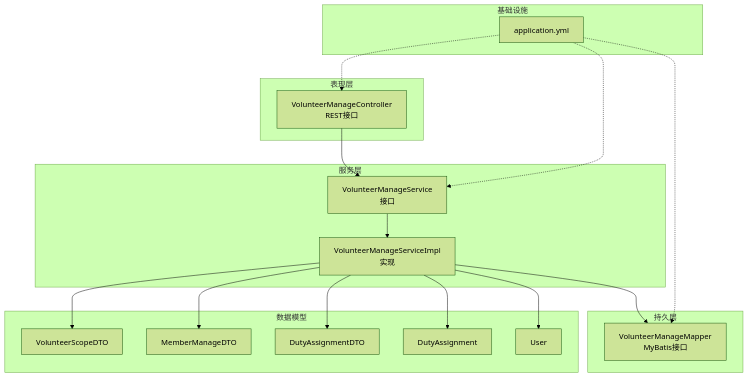
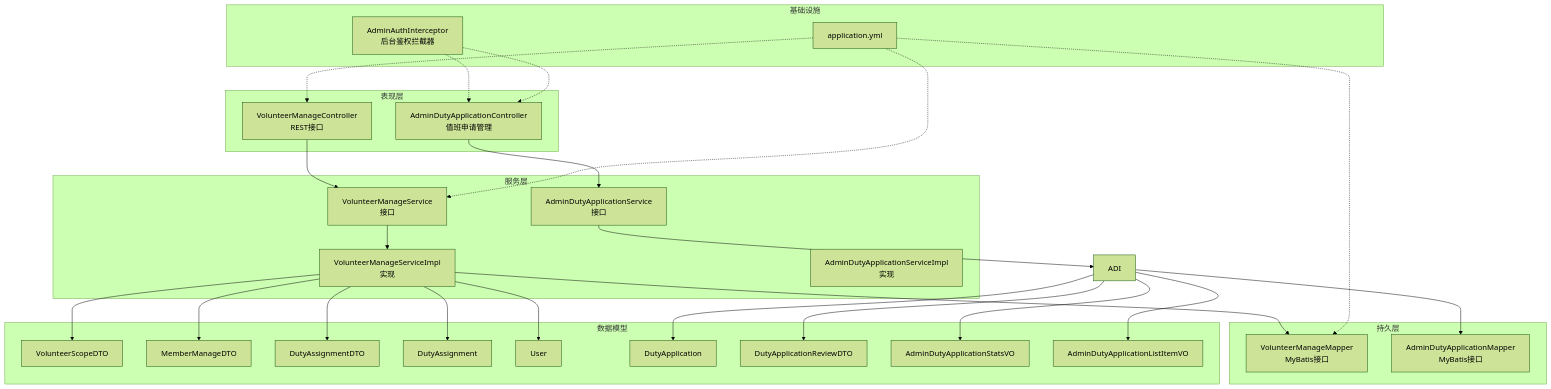
The first of 11 diagrams in .qoder/repowiki/zh/content/志愿者管理模块/志愿者管理后台.md (gaozihaowin/-), drawn with Mermaid (forest theme) before and after one commit. The commit also changed other lines of this file and 10 other files, not shown here.

````diff
--- a/.qoder/repowiki/zh/content/志愿者管理模块/志愿者管理后台.md
+++ b/.qoder/repowiki/zh/content/志愿者管理模块/志愿者管理后台.md
@@ -51,34 +69,52 @@
 ```mermaid
 graph TB
 subgraph "表现层"
 C["VolunteerManageController<br/>REST接口"]
+ADC["AdminDutyApplicationController<br/>值班申请管理"]
 end
 subgraph "服务层"
 S["VolunteerManageService<br/>接口"]
 SI["VolunteerManageServiceImpl<br/>实现"]
+ADS["AdminDutyApplicationService<br/>接口"]
+ADSI["AdminDutyApplicationServiceImpl<br/>实现"]
 end
 subgraph "持久层"
 M["VolunteerManageMapper<br/>MyBatis接口"]
+ADM["AdminDutyApplicationMapper<br/>MyBatis接口"]
 end
 subgraph "数据模型"
 D1["VolunteerScopeDTO"]
 D2["MemberManageDTO"]
 D3["DutyAssignmentDTO"]
 E1["DutyAssignment"]
 E2["User"]
+E3["DutyApplication"]
+E4["DutyApplicationReviewDTO"]
+E5["AdminDutyApplicationStatsVO"]
+E6["AdminDutyApplicationListItemVO"]
 end
 subgraph "基础设施"
 CFG["application.yml"]
+AI["AdminAuthInterceptor<br/>后台鉴权拦截器"]
 end
 C --> S
 S --> SI
+ADC --> ADS
+ADS --> ADI
 SI --> M
 SI --> D1
 SI --> D2
 SI --> D3
 SI --> E1
 SI --> E2
+ADI --> ADM
+ADI --> E3
+ADI --> E4
+ADI --> E5
+ADI --> E6
 CFG -.-> C
 CFG -.-> S
 CFG -.-> M
+AI -.-> ADC
+AI -.-> ADC
 ```
````
